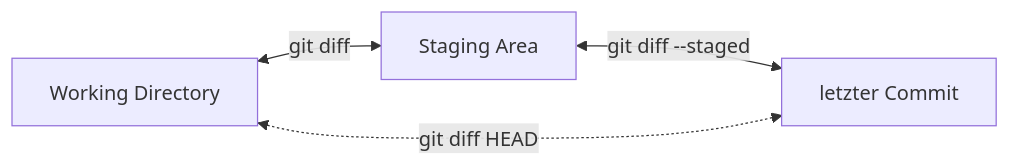
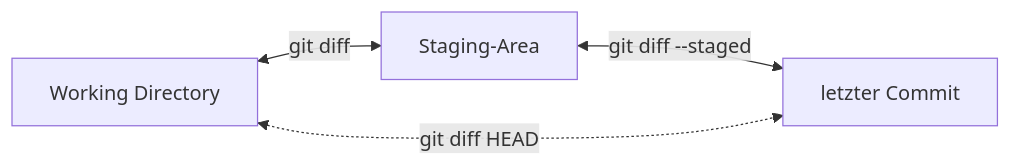
One commit to fubinf/propra-inf changed the diagram in ch/Werkzeuge/Git/git-Diff.md. Above: the diagram before and after it, drawn with Mermaid. The commit also changed other lines of this file, not shown here.

Commit message:
git-Diff.md: rework exercise and add altdir

````diff
--- a/ch/Werkzeuge/Git/git-Diff.md
+++ b/ch/Werkzeuge/Git/git-Diff.md
@@ -34,6 +34,6 @@
 ```mermaid
 flowchart LR
-    A["Working Directory"] <-->|git diff| B["Staging Area"]
+    A["Working Directory"] <-->|git diff| B["Staging-Area"]
     B <-->|"git diff --staged"| C["letzter Commit"]
     A <-.->|"git diff HEAD"| C
 ```
````
